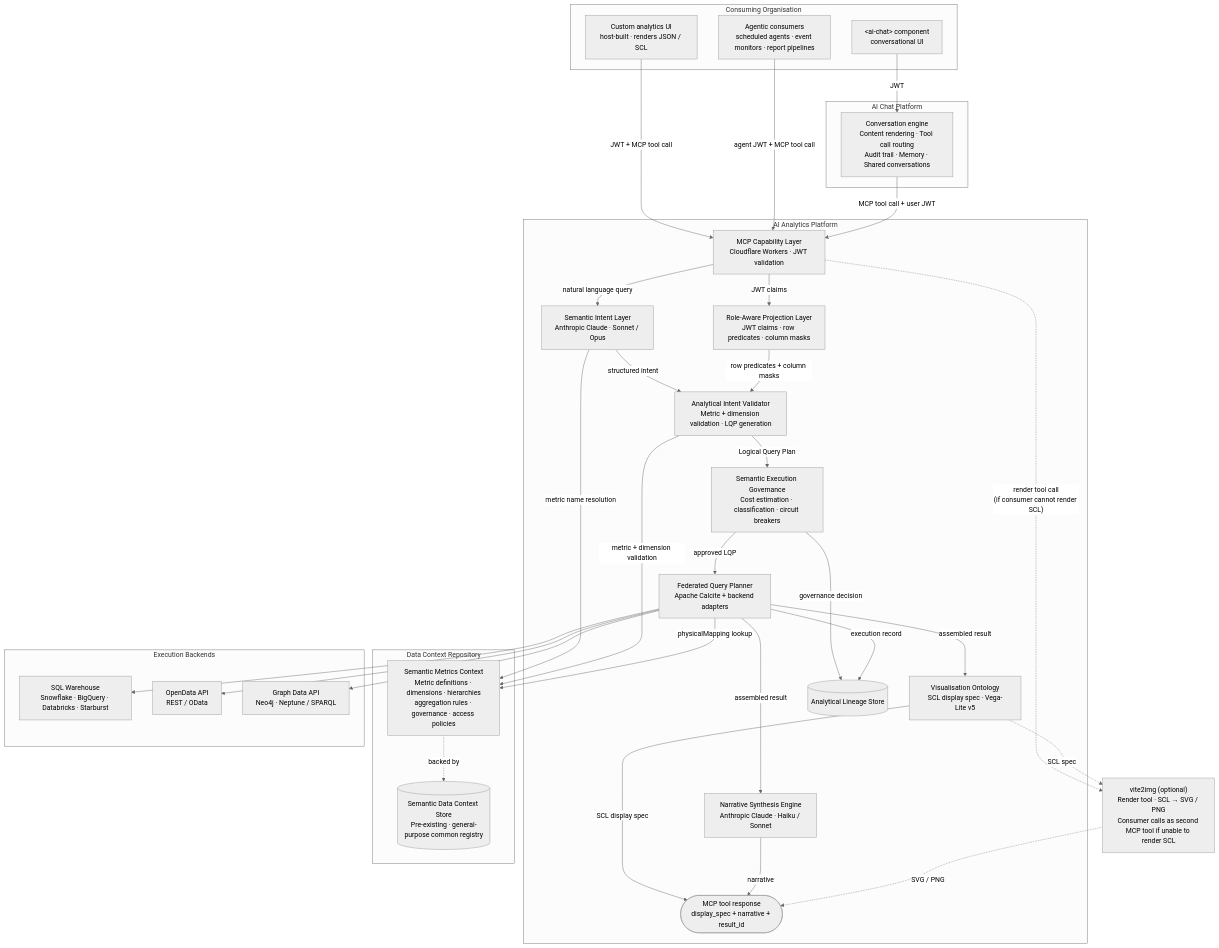
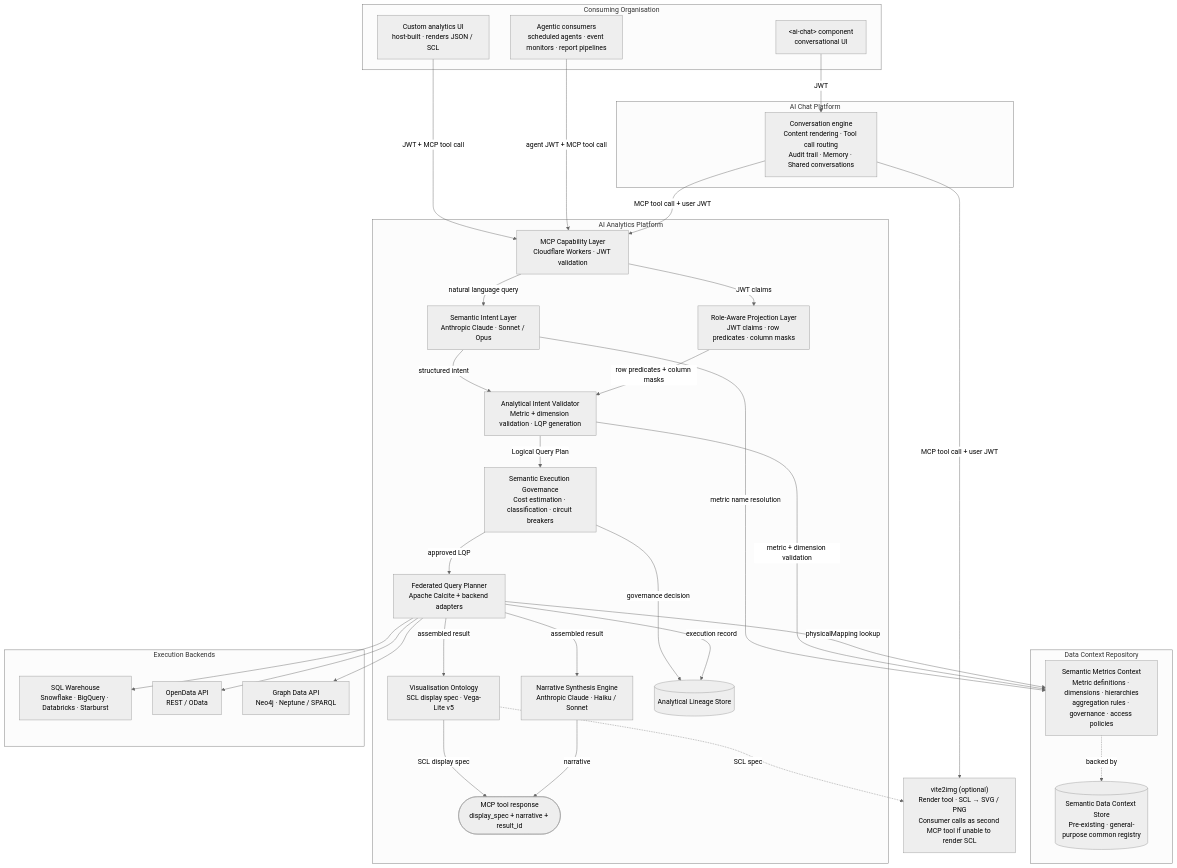
One commit to M-A-Operating-System/shared-work changed the second of 2 diagrams in docs/product/analytics/00-overview.md. Above: the diagram before and after it, drawn with Mermaid (neutral theme).

Commit message:
Update ChatEngine mapping in analytics overview
Added a new mapping for ChatEngine to vite2img in the overview.

````diff
--- a/docs/product/analytics/00-overview.md
+++ b/docs/product/analytics/00-overview.md
@@ -311,63 +311,62 @@
 ```mermaid
 flowchart TD
     subgraph org["Consuming Organisation"]
         ChatComp["&lt;ai-chat&gt; component\nconversational UI"]
         CustomUI["Custom analytics UI\nhost-built · renders JSON / SCL"]
         Agents["Agentic consumers\nscheduled agents · event monitors · report pipelines"]
     end
 
     subgraph aichat["AI Chat Platform"]
         ChatEngine["Conversation engine\nContent rendering · Tool call routing\nAudit trail · Memory · Shared conversations"]
     end
 
     subgraph analytics["AI Analytics Platform"]
         MCP["MCP Capability Layer\nCloudflare Workers · JWT validation"]
         SIL["Semantic Intent Layer\nAnthropic Claude · Sonnet / Opus"]
         RAPL["Role-Aware Projection Layer\nJWT claims · row predicates · column masks"]
         AIV["Analytical Intent Validator\nMetric + dimension validation · LQP generation"]
         SEG["Semantic Execution Governance\nCost estimation · classification · circuit breakers"]
         FQP["Federated Query Planner\nApache Calcite + backend adapters"]
         VO["Visualisation Ontology\nSCL display spec · Vega-Lite v5"]
         NSE["Narrative Synthesis Engine\nAnthropic Claude · Haiku / Sonnet"]
         LS[("Analytical Lineage Store")]
         Result(["MCP tool response\ndisplay_spec + narrative + result_id"])
     end
 
     vite2img["vite2img (optional)\nRender tool · SCL → SVG / PNG\nConsumer calls as second MCP tool if unable to render SCL"]
 
     subgraph dcr["Data Context Repository"]
         SMC["Semantic Metrics Context\nMetric definitions · dimensions · hierarchies\naggregation rules · governance · access policies"]
         DCS[("Semantic Data Context Store\nPre-existing · general-purpose common registry")]
         SMC -. backed by .-> DCS
     end
 
     subgraph backends["Execution Backends"]
         SQL["SQL Warehouse\nSnowflake · BigQuery · Databricks · Starburst"]
         ODA["OpenData API\nREST / OData"]
         GDA["Graph Data API\nNeo4j · Neptune / SPARQL"]
     end
 
     ChatComp -->|"JWT"| ChatEngine
     CustomUI -->|"JWT + MCP tool call"| MCP
     Agents -->|"agent JWT + MCP tool call"| MCP
     ChatEngine -->|"MCP tool call + user JWT"| MCP
+    ChatEngine -->|"MCP tool call + user JWT"| vite2img
     MCP -->|"natural language query"| SIL
     MCP -->|"JWT claims"| RAPL
     SIL -->|"metric name resolution"| SMC
     SIL -->|"structured intent"| AIV
     RAPL -->|"row predicates + column masks"| AIV
     AIV -->|"metric + dimension validation"| SMC
     AIV -->|"Logical Query Plan"| SEG
     SEG -->|"approved LQP"| FQP
     SEG -->|"governance decision"| LS
     FQP -->|"physicalMapping lookup"| SMC
     FQP --> SQL & ODA & GDA
     FQP -->|"execution record"| LS
     FQP -->|"assembled result"| VO
     FQP -->|"assembled result"| NSE
     VO -->|"SCL display spec"| Result
     NSE -->|"narrative"| Result
-    MCP -. "render tool call\n(if consumer cannot render SCL)" .-> vite2img
     VO -. "SCL spec" .-> vite2img
-    vite2img -. "SVG / PNG" .-> Result
 ```
````
